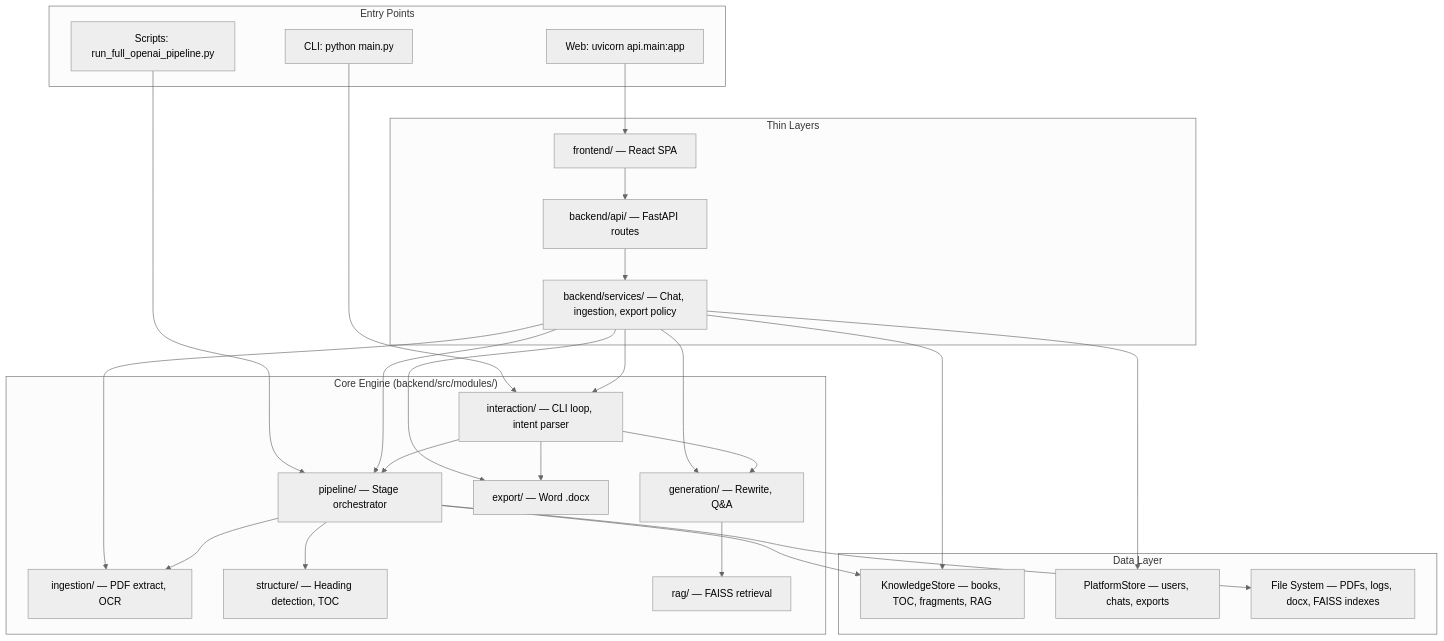
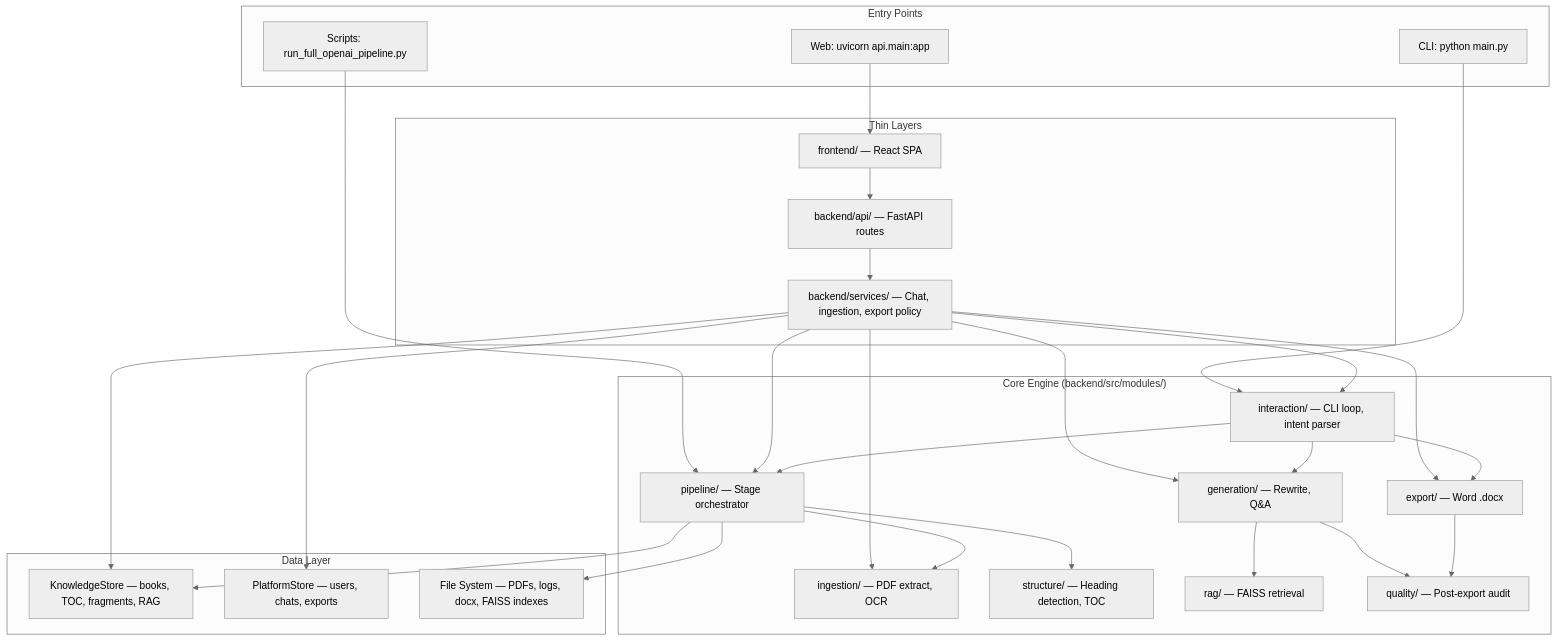
Before and after one commit to Wasim-Shaikh25/AI-Book-Summerizing-Tool: the diagram in specs/architecture.md, drawn with Mermaid (neutral theme). The commit also changed other lines of this file and 273 other files, not shown here.

First line of the commit message:
Add notes-quality pipeline: structural fixer, title sync, audit recalibration

````diff
--- a/specs/architecture.md
+++ b/specs/architecture.md
@@ -12,40 +12,43 @@
 ```mermaid
 flowchart TB
     subgraph entry["Entry Points"]
         CLI["CLI: python main.py"]
         WEB["Web: uvicorn api.main:app"]
         SCRIPTS["Scripts: run_full_openai_pipeline.py"]
     end
 
     subgraph thin["Thin Layers"]
         API["backend/api/ — FastAPI routes"]
         SVC["backend/services/ — Chat, ingestion, export policy"]
         FE["frontend/ — React SPA"]
     end
 
     subgraph engine["Core Engine (backend/src/modules/)"]
         PIPE["pipeline/ — Stage orchestrator"]
         ING["ingestion/ — PDF extract, OCR"]
         STR["structure/ — Heading detection, TOC"]
         GEN["generation/ — Rewrite, Q&A"]
         RAG["rag/ — FAISS retrieval"]
         EXP["export/ — Word .docx"]
         INT["interaction/ — CLI loop, intent parser"]
+        QLT["quality/ — Post-export audit"]
     end
 
     subgraph data["Data Layer"]
         KB["KnowledgeStore — books, TOC, fragments, RAG"]
         PLAT["PlatformStore — users, chats, exports"]
         FS["File System — PDFs, logs, docx, FAISS indexes"]
     end
 
     CLI --> INT
     WEB --> FE --> API --> SVC
     SCRIPTS --> PIPE
     SVC --> INT & GEN & EXP & PIPE & ING
     INT --> GEN & EXP & PIPE
     PIPE --> ING & STR
     GEN --> RAG
+    GEN --> QLT
+    EXP --> QLT
     SVC --> PLAT & KB
     PIPE --> KB & FS
 ```
````
